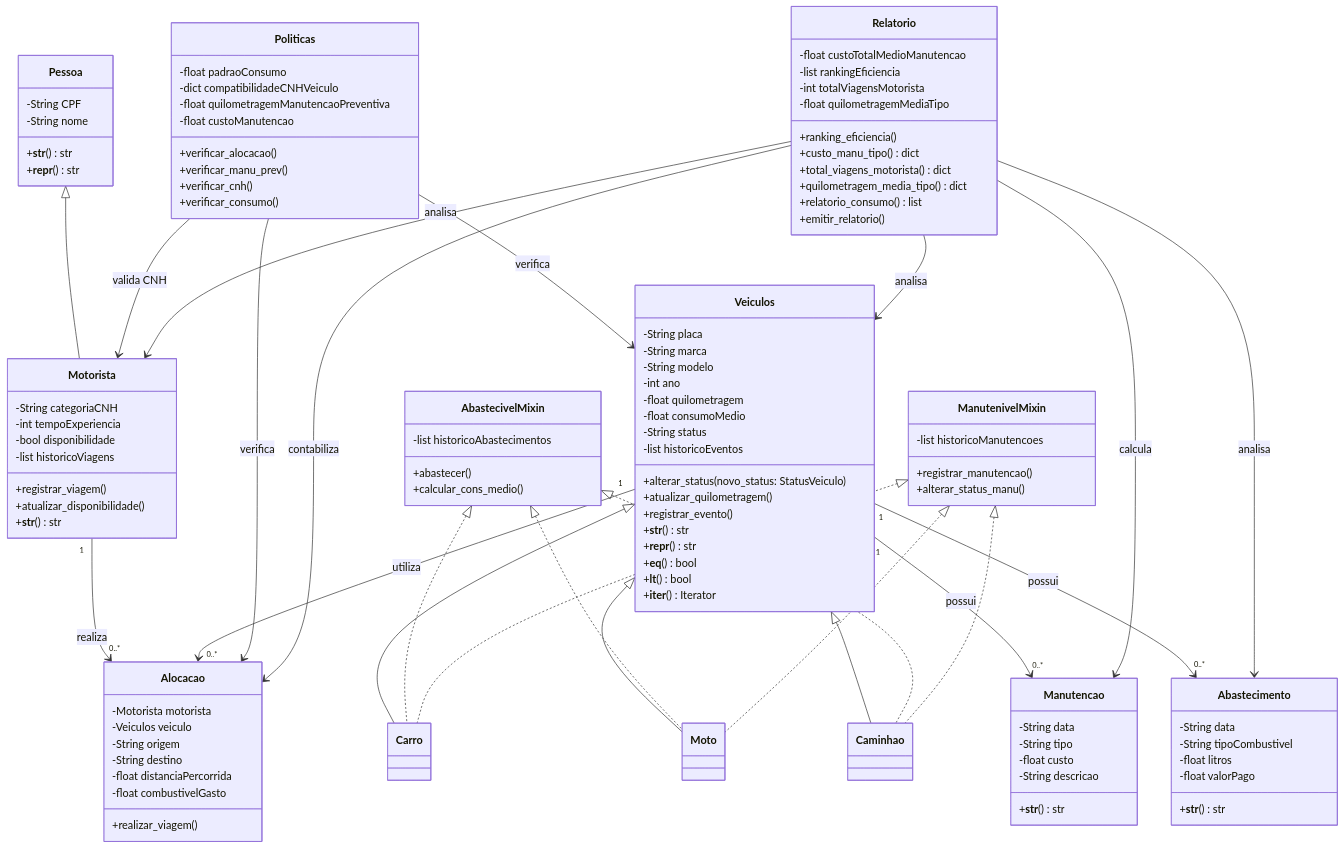
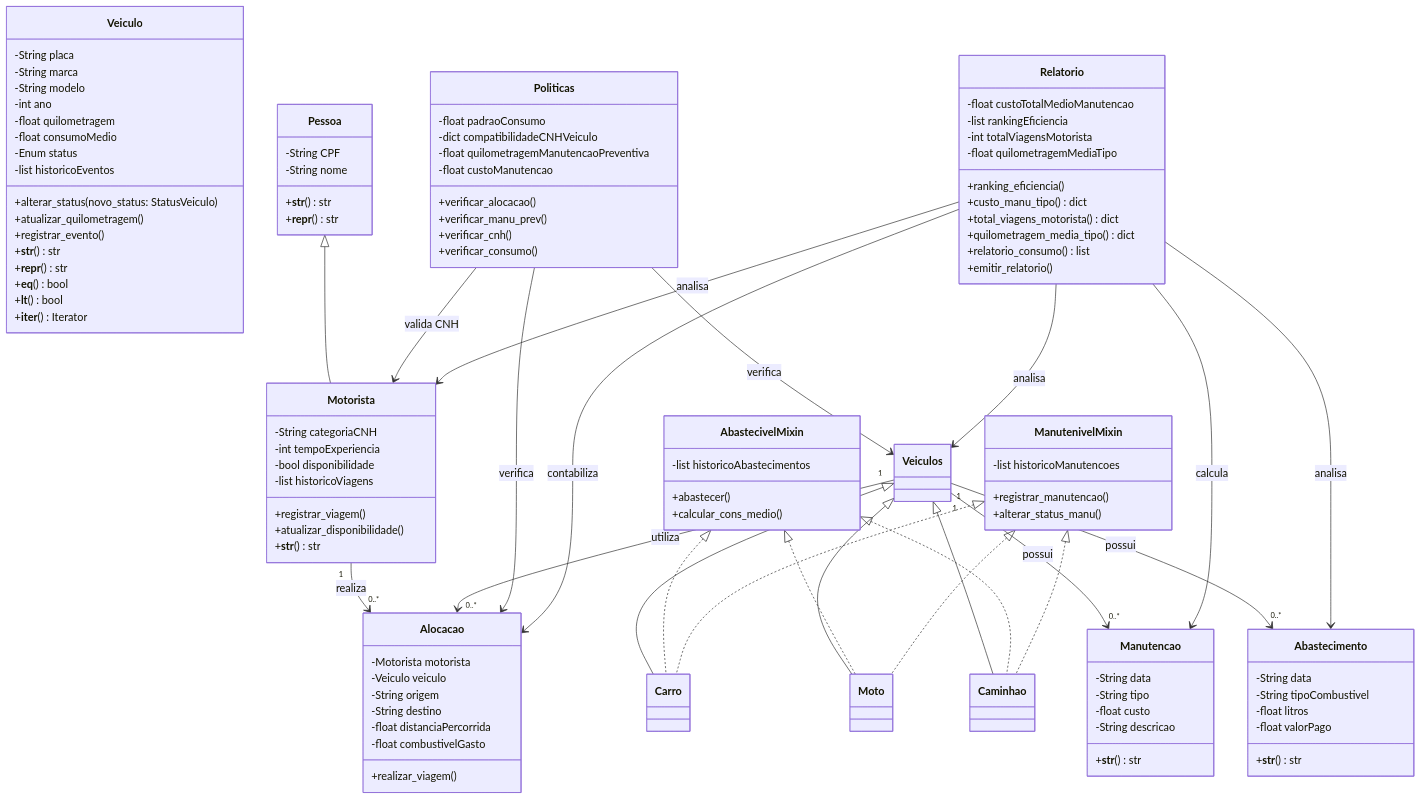
One commit to arthurbarrosdesa/MiniProjeto---POO changed the diagram in README.md. Above: the diagram before and after it, drawn with Mermaid. The commit also changed other lines of this file, not shown here.

````diff
--- a/README.md
+++ b/README.md
@@ -176,14 +176,14 @@
 ```mermaid
 classDiagram
 
-    class Veiculos {
+    class Veiculo {
         -String placa
         -String marca
         -String modelo
         -int ano
         -float quilometragem
         -float consumoMedio
-        -String status
+        -Enum status
         -list historicoEventos
         +alterar_status(novo_status: StatusVeiculo)
         +atualizar_quilometragem()
@@ -214,7 +214,7 @@
 
     class Alocacao {
         -Motorista motorista
-        -Veiculos veiculo
+        -Veiculo veiculo
         -String origem
         -String destino
         -float distanciaPercorrida
````
